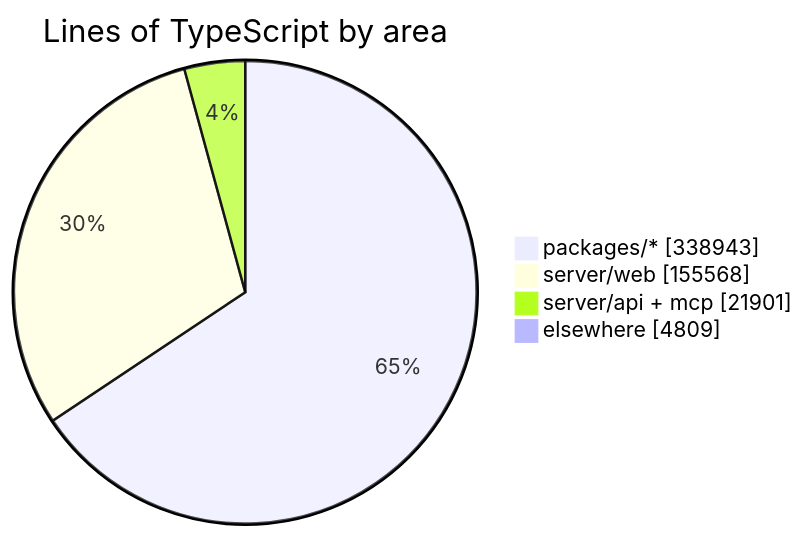
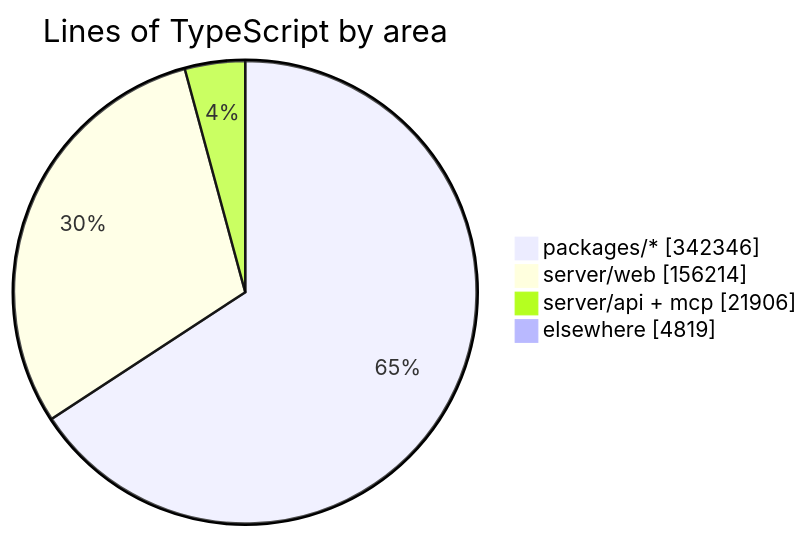
Before and after one commit to crossworks-engineering/mantle: the diagram in README.md, drawn with Mermaid. The commit also changed other lines of this file and 2 other files, not shown here.

````diff
--- a/README.md
+++ b/README.md
@@ -294,7 +294,7 @@
 ```mermaid
 pie showData title Lines of TypeScript by area
-    "packages/*" : 338943
-    "server/web" : 155568
-    "server/api + mcp" : 21901
-    "elsewhere" : 4809
+    "packages/*" : 342346
+    "server/web" : 156214
+    "server/api + mcp" : 21906
+    "elsewhere" : 4819
 ```
````
